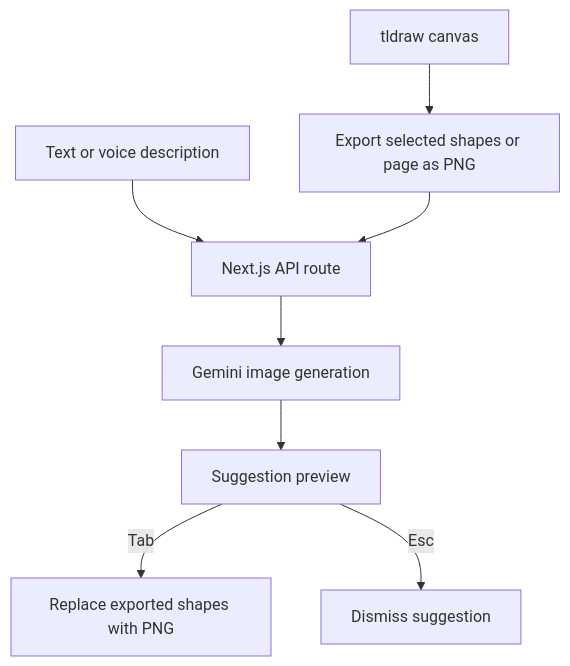
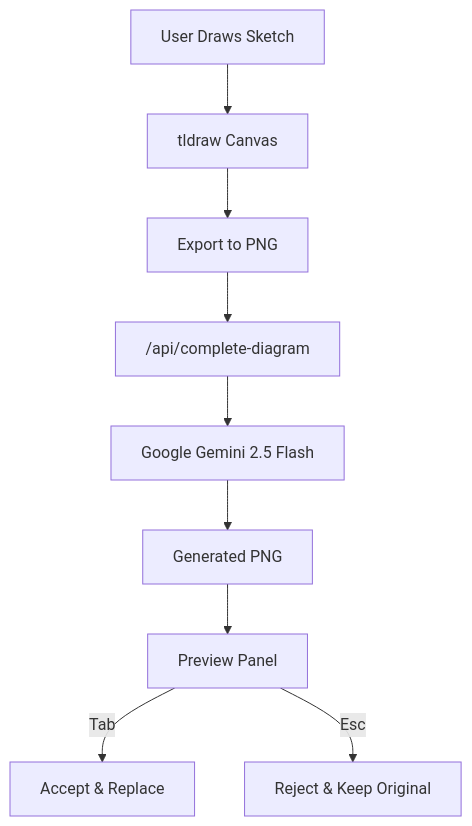
One commit to Abhishek-Sonje/ChalkAI changed the diagram in README.md. Above: the diagram before and after it, drawn with Mermaid. The commit also changed other lines of this file, not shown here.

````diff
--- a/README.md
+++ b/README.md
@@ -65,10 +169,11 @@
 ```mermaid
-flowchart TD
-    Canvas["tldraw canvas"] --> Export["Export selected shapes or page as PNG"]
-    Prompt["Text or voice description"] --> Route["Next.js API route"]
-    Export --> Route
-    Route --> Gemini["Gemini image generation"]
-    Gemini --> Preview["Suggestion preview"]
-    Preview -->|Tab| Accept["Replace exported shapes with PNG"]
-    Preview -->|Esc| Dismiss["Dismiss suggestion"]
+graph TD
+    A[User Draws Sketch] --> B[tldraw Canvas]
+    B --> C[Export to PNG]
+    C --> D["/api/complete-diagram"]
+    D --> E["Google Gemini 2.5 Flash"]
+    E --> F[Generated PNG]
+    F --> G[Preview Panel]
+    G -->|Tab| H[Accept & Replace]
+    G -->|Esc| I[Reject & Keep Original]
 ```
````
